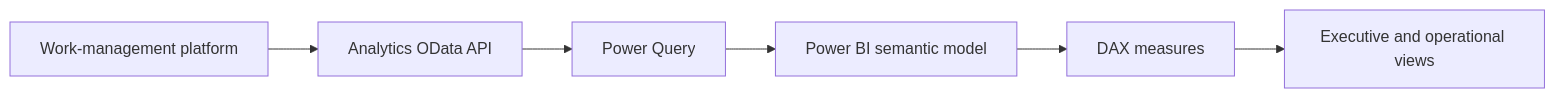
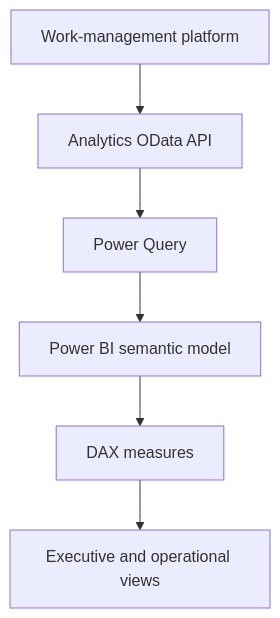
The first of 2 diagrams in cases/02-delivery-dashboard/README.md (jmfeitosa/data-governance-portfolio), drawn with Mermaid before and after one commit. The commit also changed other lines of this file and 14 other files, not shown here.

````diff
--- a/cases/02-delivery-dashboard/README.md
+++ b/cases/02-delivery-dashboard/README.md
@@ -45,8 +51,8 @@
 ```mermaid
-flowchart LR
+flowchart TD
     A["Work-management platform"] --> B["Analytics OData API"]
     B --> C["Power Query"]
     C --> D["Power BI semantic model"]
     D --> E["DAX measures"]
     E --> F["Executive and operational views"]
 ```
````
